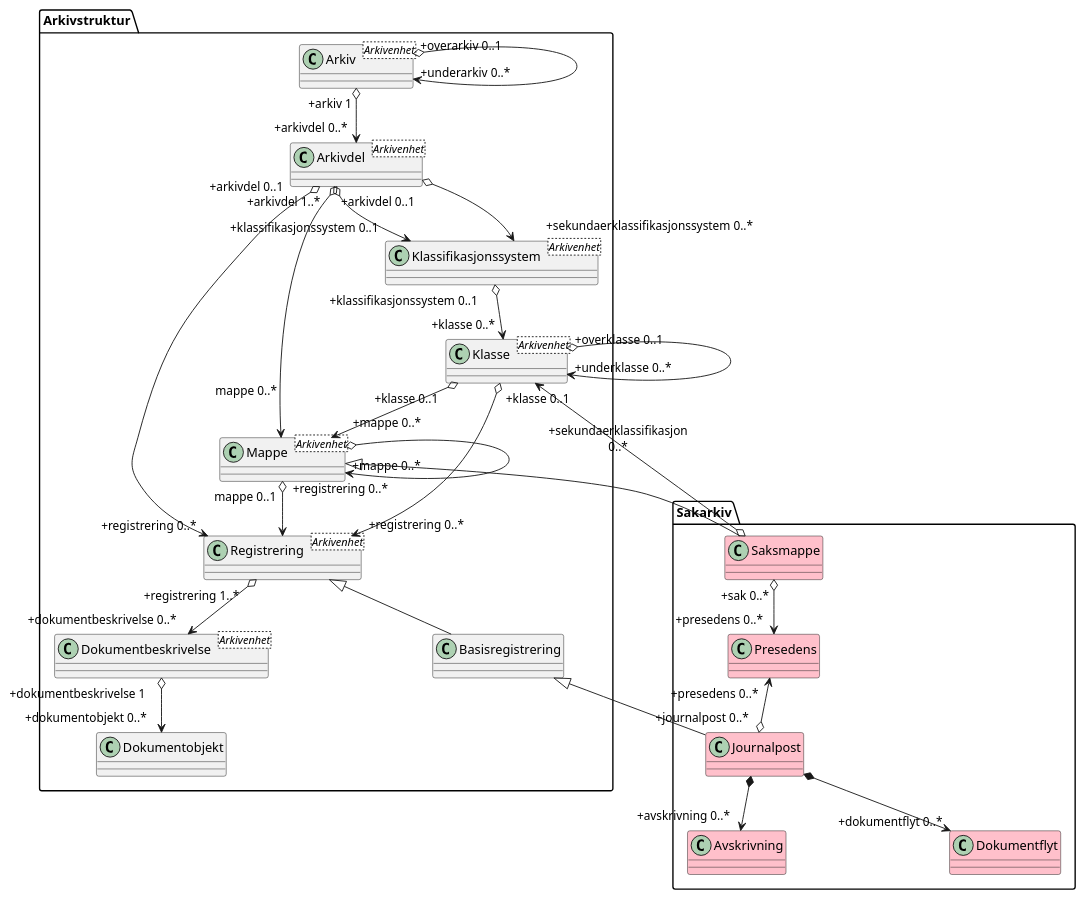
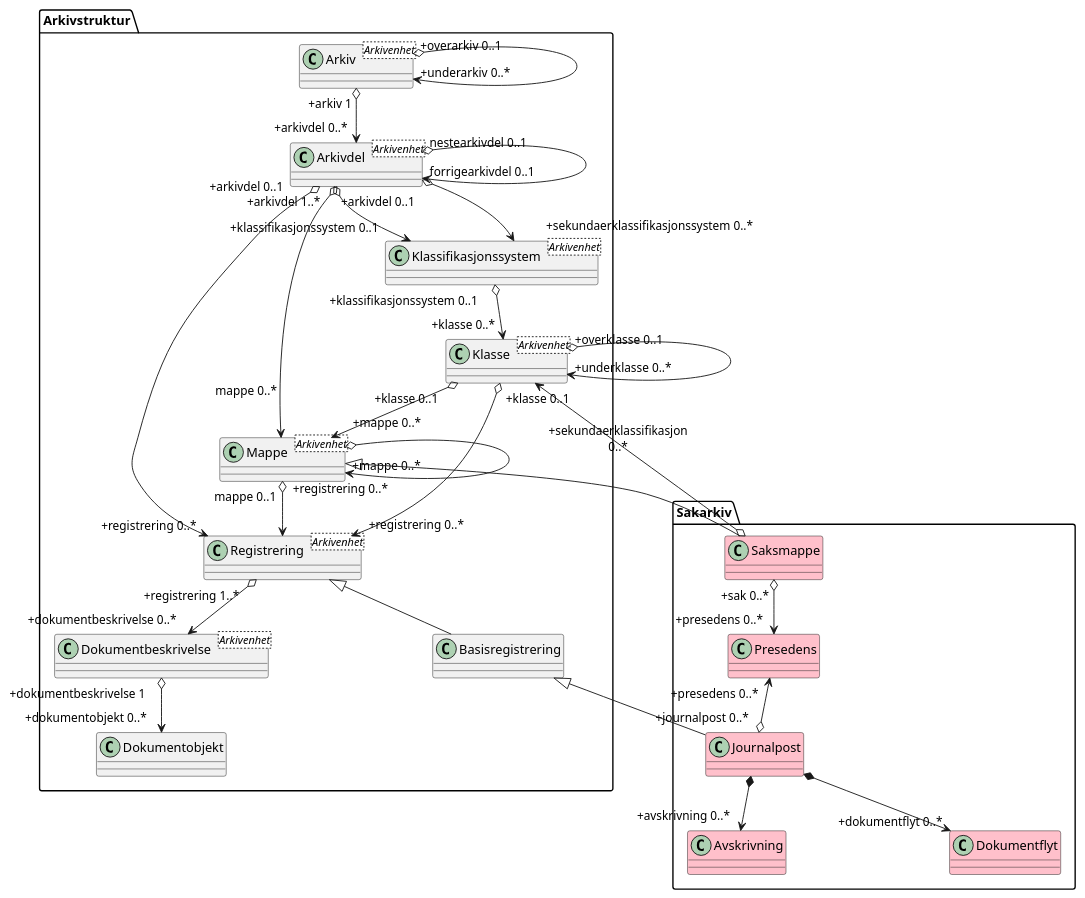
The diagram in kapitler/media/uml-hovedmodell-saksbehandling.puml (arkivverket/noark5-tjenestegrensesnitt-standard), drawn with PlantUML before and after one commit. The commit also changed 8 other files, not shown here.

```diff
--- a/kapitler/media/uml-hovedmodell-saksbehandling.puml
+++ b/kapitler/media/uml-hovedmodell-saksbehandling.puml
@@ -1,40 +1,41 @@
 @startuml
 skinparam classAttributeIconSize 0
 skinparam nodesep 180
 
 class Arkivstruktur.Arkiv <Arkivenhet>
 class Arkivstruktur.Arkivdel <Arkivenhet>
 class Arkivstruktur.Klassifikasjonssystem <Arkivenhet>
 class Arkivstruktur.Klasse <Arkivenhet>
 class Arkivstruktur.Mappe <Arkivenhet>
 class Arkivstruktur.Registrering <Arkivenhet>
 class Arkivstruktur.Dokumentbeskrivelse <Arkivenhet>
 class Sakarkiv.Saksmappe #pink
 class Sakarkiv.Presedens #pink
 class Sakarkiv.Journalpost #pink
 class Sakarkiv.Avskrivning #pink
 class Sakarkiv.Dokumentflyt #pink
 
 Arkivstruktur.Arkiv "+overarkiv 0..1" o-> "+underarkiv 0..*" Arkivstruktur.Arkiv
 Arkivstruktur.Arkiv "+arkiv 1" o--> "+arkivdel 0..*" Arkivstruktur.Arkivdel
+Arkivstruktur.Arkivdel "nestearkivdel 0..1" o--> "forrigearkivdel 0..1" Arkivstruktur.Arkivdel
 Arkivstruktur.Arkivdel "+arkivdel 1..*" o--> "+klassifikasjonssystem 0..1" Arkivstruktur.Klassifikasjonssystem
 Arkivstruktur.Arkivdel o--> "+sekundaerklassifikasjonssystem 0..*" Arkivstruktur.Klassifikasjonssystem
 Arkivstruktur.Klassifikasjonssystem "+klassifikasjonssystem 0..1" o--> "+klasse 0..*" Arkivstruktur.Klasse
 Arkivstruktur.Klasse "+overklasse 0..1" o--> "+underklasse 0..*" Arkivstruktur.Klasse
 Arkivstruktur.Klasse "+klasse 0..1" o--> "+mappe 0..*" Arkivstruktur.Mappe
 Arkivstruktur.Mappe o--> "+mappe 0..*" Arkivstruktur.Mappe
 Arkivstruktur.Mappe <|-- Sakarkiv.Saksmappe
 Arkivstruktur.Klasse "\n\n+sekundaerklassifikasjon\n0..*" <--o Sakarkiv.Saksmappe
 Arkivstruktur.Mappe "mappe 0..1" o--> "+registrering 0..*\n\n" Arkivstruktur.Registrering
 Arkivstruktur.Mappe "mappe 0..*\n\n" <--o "+arkivdel 0..1" Arkivstruktur.Arkivdel
 Arkivstruktur.Klasse "+klasse 0..1" o--> "+registrering 0..*" Arkivstruktur.Registrering
 Arkivstruktur.Registrering "+registrering 1..*" o--> "+dokumentbeskrivelse 0..*" Arkivstruktur.Dokumentbeskrivelse
 Arkivstruktur.Registrering "+registrering 0..*" <--o "+arkivdel 0..1" Arkivstruktur.Arkivdel
 Arkivstruktur.Registrering <|-- Arkivstruktur.Basisregistrering
 Arkivstruktur.Dokumentbeskrivelse "+dokumentbeskrivelse 1" o--> "+dokumentobjekt 0..*" Arkivstruktur.Dokumentobjekt
 Sakarkiv.Saksmappe "+sak 0..*" o--> "+presedens 0..*" Sakarkiv.Presedens
 Arkivstruktur.Basisregistrering <|-- Sakarkiv.Journalpost
 Sakarkiv.Presedens "+presedens 0..*" <--o "+journalpost 0..*" Sakarkiv.Journalpost
 Sakarkiv.Journalpost *--> "+avskrivning 0..*" Sakarkiv.Avskrivning
 Sakarkiv.Journalpost *--> "+dokumentflyt 0..*" Sakarkiv.Dokumentflyt
 @enduml
```
